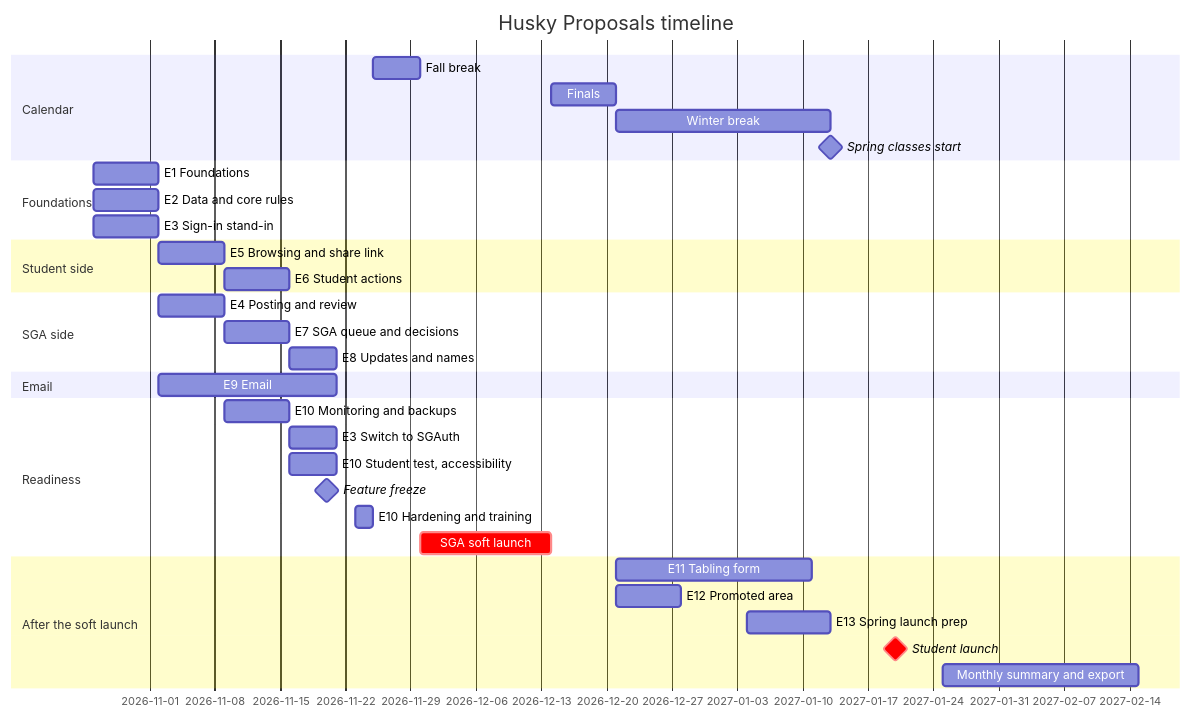
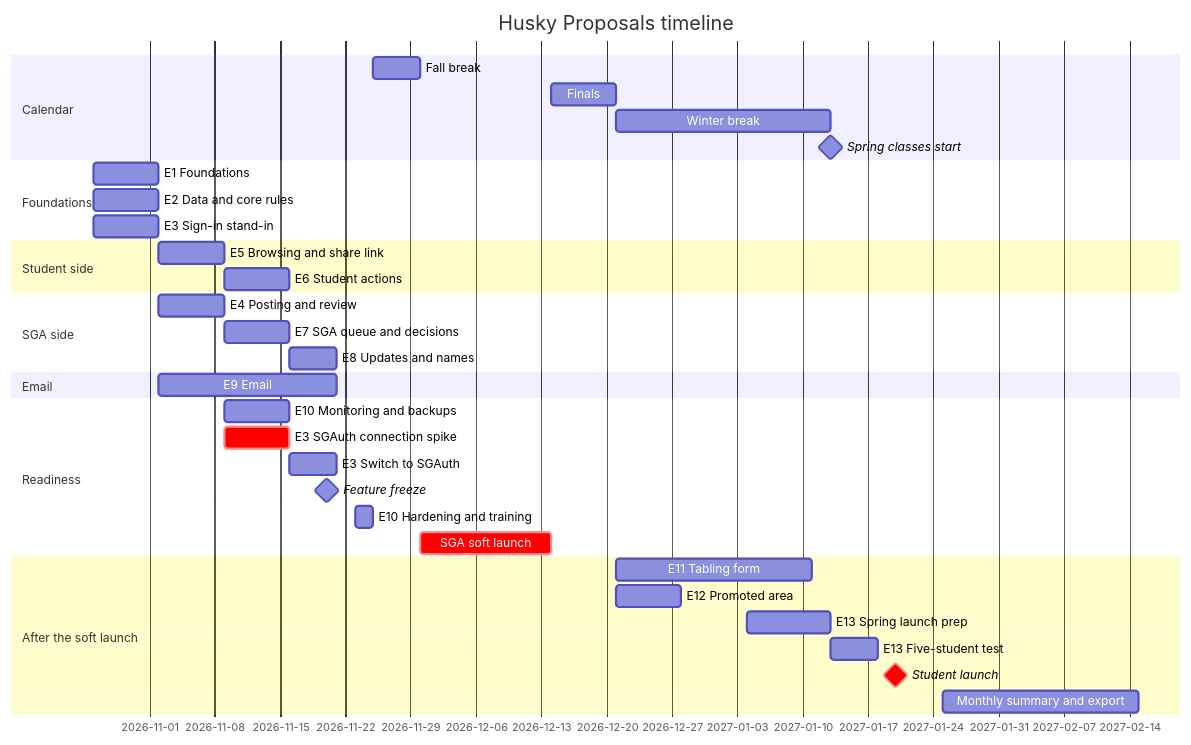
The diagram in docs/timeline.md (SGAOperationalAffairs/husky-proposals), drawn with Mermaid before and after one commit. The commit also changed other lines of this file and 1 other file, not shown here.

````diff
--- a/docs/timeline.md
+++ b/docs/timeline.md
@@ -16,36 +17,37 @@
 ```mermaid
 gantt
     title Husky Proposals timeline
     dateFormat YYYY-MM-DD
     section Calendar
     Fall break                    :2026-11-25, 5d
     Finals                        :2026-12-14, 7d
     Winter break                  :2026-12-21, 23d
     Spring classes start          :milestone, 2027-01-13, 0d
     section Foundations
     E1 Foundations                :e1, 2026-10-26, 7d
     E2 Data and core rules        :e2, 2026-10-26, 7d
     E3 Sign-in stand-in           :e3a, 2026-10-26, 7d
     section Student side
     E5 Browsing and share link    :e5, 2026-11-02, 7d
     E6 Student actions            :e6, 2026-11-09, 7d
     section SGA side
     E4 Posting and review         :e4, 2026-11-02, 7d
     E7 SGA queue and decisions    :e7, 2026-11-09, 7d
     E8 Updates and names          :e8, 2026-11-16, 5d
     section Email
     E9 Email                      :e9, 2026-11-02, 19d
     section Readiness
     E10 Monitoring and backups    :e10a, 2026-11-09, 7d
+    E3 SGAuth connection spike    :crit, e3s, 2026-11-09, 7d
     E3 Switch to SGAuth           :e3b, 2026-11-16, 5d
-    E10 Student test, accessibility :e10b, 2026-11-16, 5d
     Feature freeze                :milestone, 2026-11-20, 0d
     E10 Hardening and training    :e10c, 2026-11-23, 2d
     SGA soft launch               :crit, soft, 2026-11-30, 14d
     section After the soft launch
     E11 Tabling form              :e11, 2026-12-21, 21d
     E12 Promoted area             :e12, 2026-12-21, 7d
     E13 Spring launch prep        :e13, 2027-01-04, 9d
+    E13 Five-student test         :e13t, 2027-01-13, 5d
     Student launch                :milestone, crit, 2027-01-20, 0d
     Monthly summary and export    :2027-01-25, 21d
 ```
````
